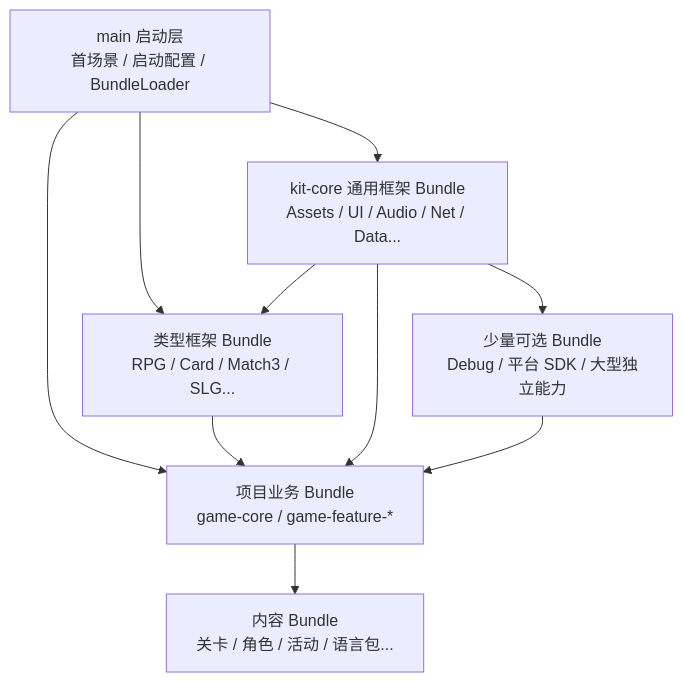
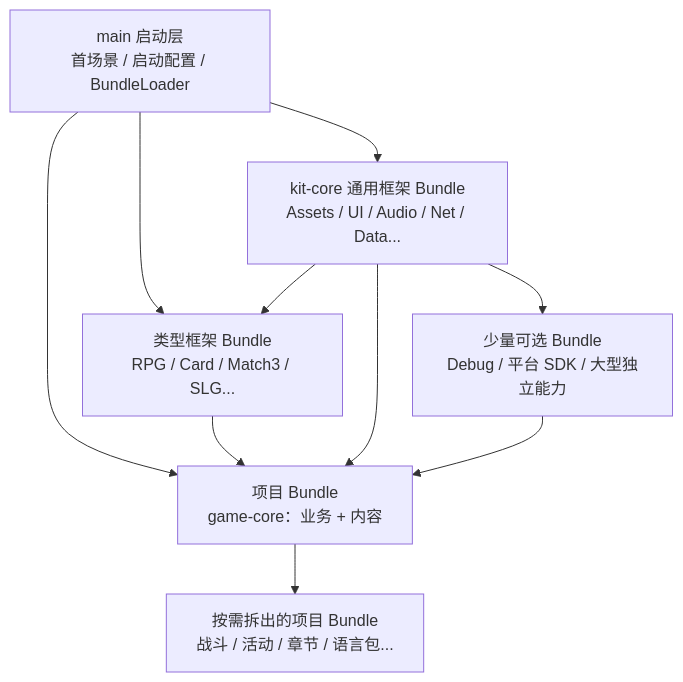
The first of 3 diagrams in docs/framework-architecture-plan.md (JunJiang219/CocosKit), drawn with Mermaid before and after one commit. The commit also changed other lines of this file and 1 other file, not shown here.

````diff
--- a/docs/framework-architecture-plan.md
+++ b/docs/framework-architecture-plan.md
@@ -28,19 +29,19 @@
 ```mermaid
 flowchart TB
     Main[main 启动层<br/>首场景 / 启动配置 / BundleLoader]
     Core[kit-core 通用框架 Bundle<br/>Assets / UI / Audio / Net / Data...]
     Genre[类型框架 Bundle<br/>RPG / Card / Match3 / SLG...]
-    Game[项目业务 Bundle<br/>game-core / game-feature-*]
-    Content[内容 Bundle<br/>关卡 / 角色 / 活动 / 语言包...]
+    Game[项目 Bundle<br/>game-core：业务 + 内容]
+    Split[按需拆出的项目 Bundle<br/>战斗 / 活动 / 章节 / 语言包...]
     Optional[少量可选 Bundle<br/>Debug / 平台 SDK / 大型独立能力]
 
     Main --> Core
     Main --> Genre
     Main --> Game
     Core --> Genre
     Genre --> Game
     Core --> Game
-    Game --> Content
+    Game --> Split
     Core --> Optional
     Optional --> Game
 ```
````
